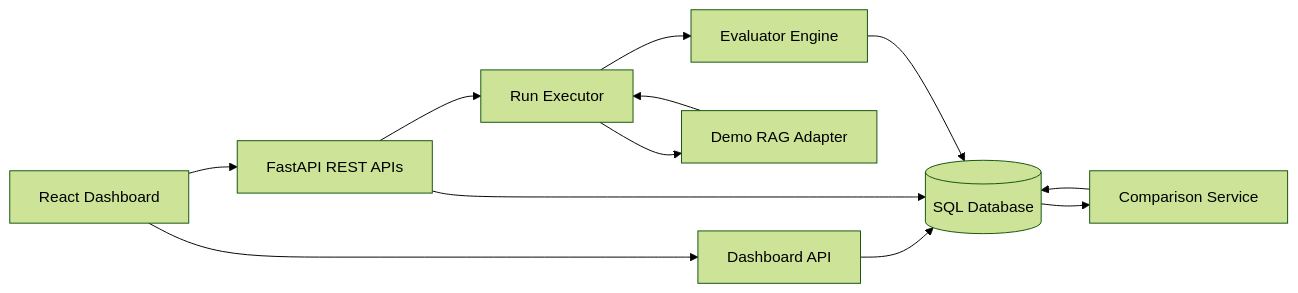
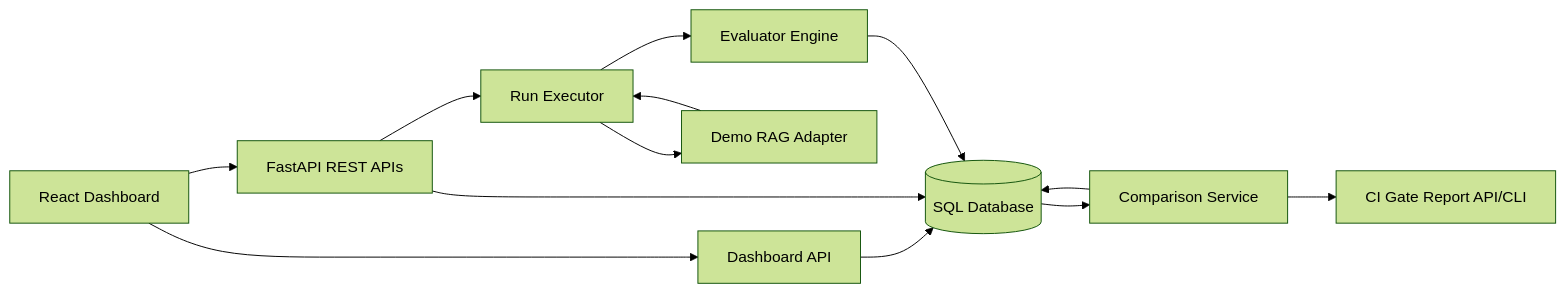
One commit to meher4567/evalforge-ai changed the first of 3 diagrams in docs/architecture.md. Above: the diagram before and after it, drawn with Mermaid (forest theme). The commit also changed other lines of this file and 14 other files, not shown here.

Commit message:
Add CI gate report workflow

````diff
--- a/docs/architecture.md
+++ b/docs/architecture.md
@@ -12,14 +13,15 @@
 ```mermaid
 flowchart LR
     UI["React Dashboard"] --> DASH["Dashboard API"]
     UI --> API["FastAPI REST APIs"]
     DASH --> DB[("SQL Database")]
     API --> DB
     API --> RUNNER["Run Executor"]
     RUNNER --> ADAPTER["Demo RAG Adapter"]
     RUNNER --> EVAL["Evaluator Engine"]
     ADAPTER --> RUNNER
     EVAL --> DB
     DB --> COMPARE["Comparison Service"]
     COMPARE --> DB
+    COMPARE --> GATE["CI Gate Report API/CLI"]
 ```
````
